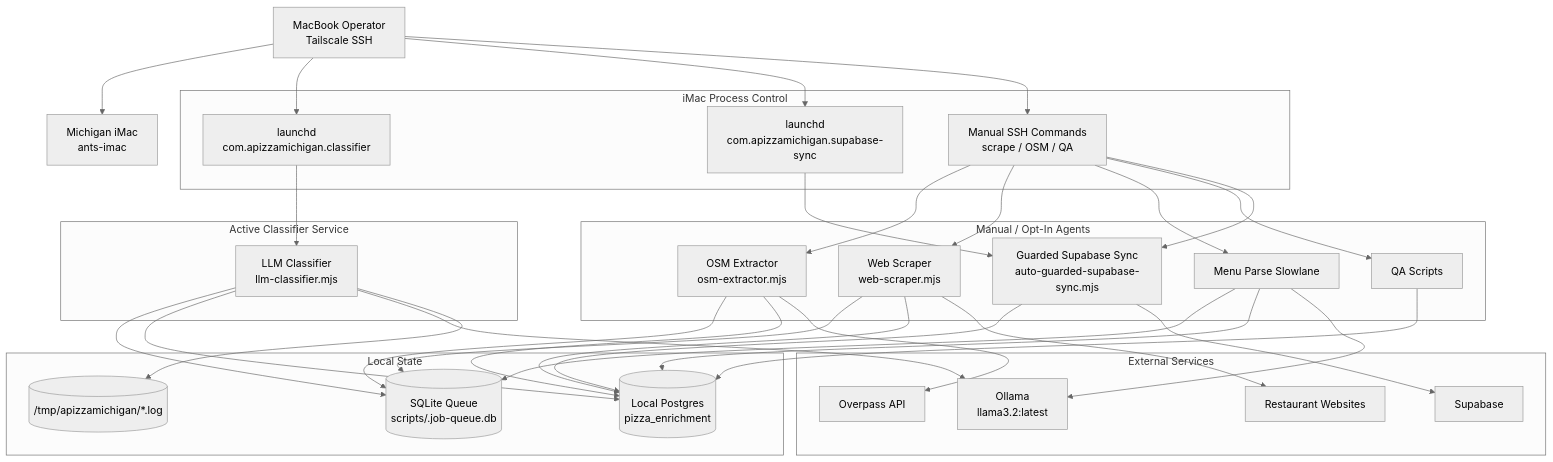
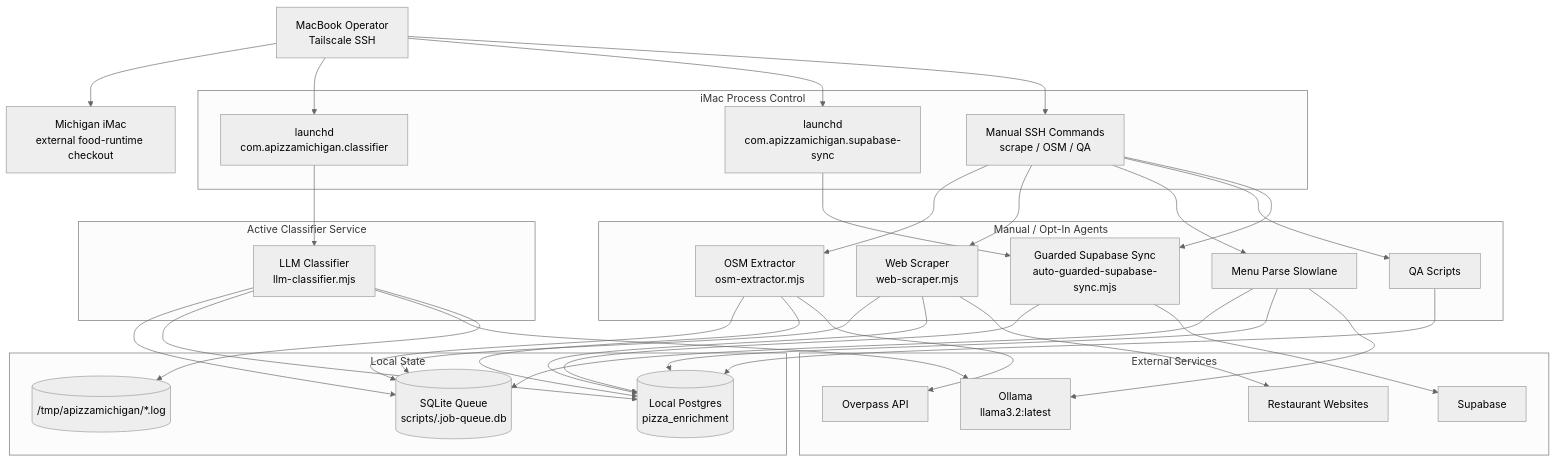
One commit to Antwohlf/apizzamichigan changed the third of 3 diagrams in docs/SYSTEM_DIAGRAM.md. Above: the diagram before and after it, drawn with Mermaid (neutral theme). The commit also changed other lines of this file and 37 other files, not shown here.

First line of the commit message:
Separate site status and scheduling from external food runtime

````diff
--- a/docs/SYSTEM_DIAGRAM.md
+++ b/docs/SYSTEM_DIAGRAM.md
@@ -64,64 +69,64 @@
 ```mermaid
 graph TD
-    OP["MacBook Operator<br/>Tailscale SSH"] --> IMAC["Michigan iMac<br/>ants-imac"]
+    OP["MacBook Operator<br/>Tailscale SSH"] --> IMAC["Michigan iMac<br/>external food-runtime checkout"]
 
     subgraph "iMac Process Control"
         LAUNCHD["launchd<br/>com.apizzamichigan.classifier"]
         SYNC_SVC["launchd<br/>com.apizzamichigan.supabase-sync"]
         MANUAL["Manual SSH Commands<br/>scrape / OSM / QA"]
     end
 
     subgraph "Active Classifier Service"
         CLS["LLM Classifier<br/>llm-classifier.mjs"]
     end
 
     subgraph "Manual / Opt-In Agents"
         OSM["OSM Extractor<br/>osm-extractor.mjs"]
         SCR["Web Scraper<br/>web-scraper.mjs"]
         MP["Menu Parse Slowlane"]
         QA["QA Scripts"]
         SYNC["Guarded Supabase Sync<br/>auto-guarded-supabase-sync.mjs"]
     end
 
     subgraph "Local State"
         SQLITE[("SQLite Queue<br/>scripts/.job-queue.db")]
         PG[("Local Postgres<br/>pizza_enrichment")]
         LOGS[("/tmp/apizzamichigan/*.log")]
     end
 
     subgraph "External Services"
         OLLAMA["Ollama<br/>llama3.2:latest"]
         OVERPASS["Overpass API"]
         WEBSITES["Restaurant Websites"]
         SUPABASE["Supabase"]
     end
 
     OP --> LAUNCHD
     OP --> SYNC_SVC
     OP --> MANUAL
     LAUNCHD --> CLS
     SYNC_SVC --> SYNC
     CLS --> SQLITE
     CLS --> PG
     CLS --> OLLAMA
     CLS --> LOGS
 
     MANUAL --> OSM
     MANUAL --> SCR
     MANUAL --> MP
     MANUAL --> QA
     MANUAL --> SYNC
 
     OSM --> SQLITE
     OSM --> PG
     OSM --> OVERPASS
     SCR --> SQLITE
     SCR --> PG
     SCR --> WEBSITES
     MP --> SQLITE
     MP --> PG
     MP --> OLLAMA
     QA --> PG
     SYNC --> PG
     SYNC --> SUPABASE
 ```
````
